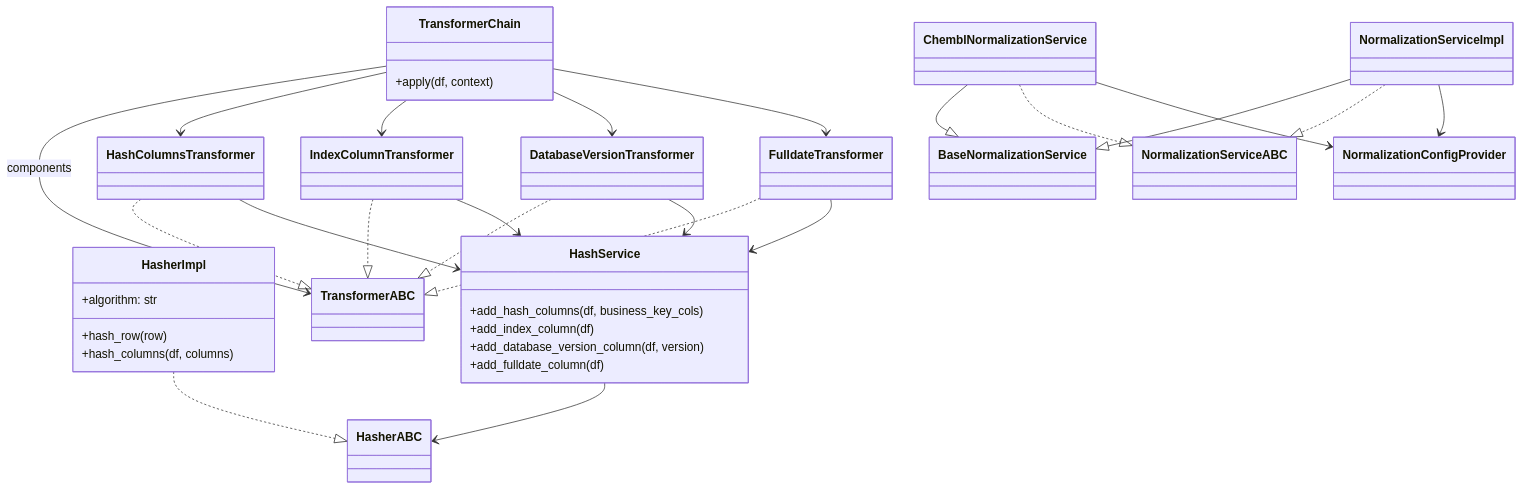
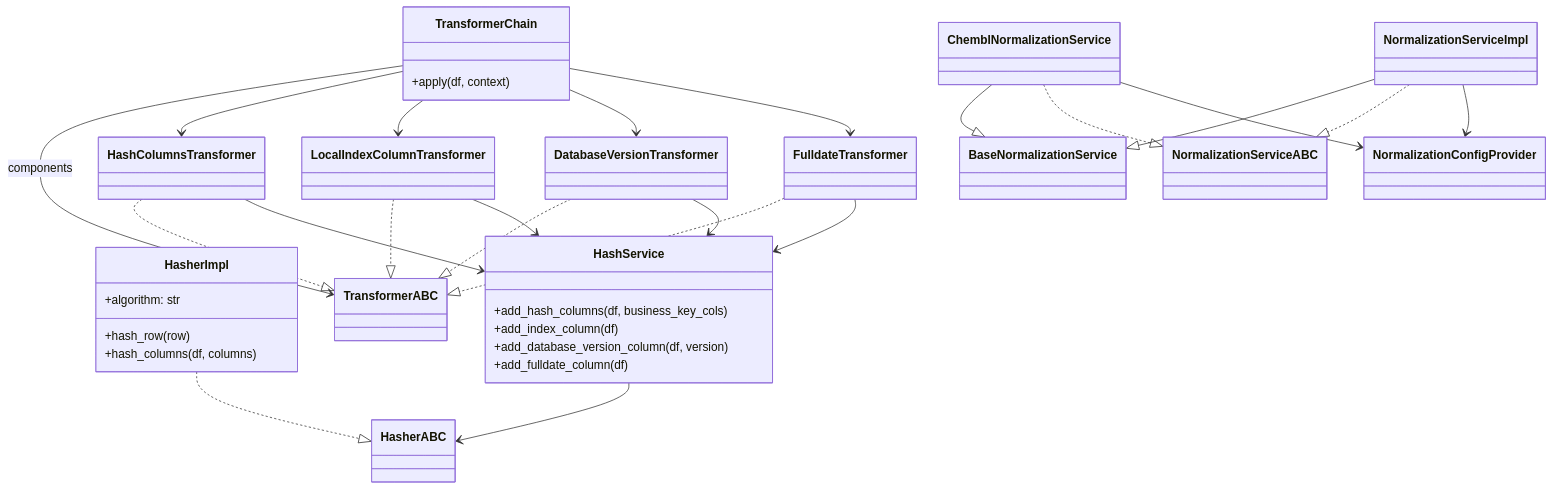
The diagram in docs/architecture/diagrams/class/16-hashing-normalization-classes.mmd (SatoryKono/BioactivityDataAcquisition), drawn with Mermaid before and after one commit. The commit also changed 11 other files, not shown here.

```diff
--- a/docs/architecture/diagrams/class/16-hashing-normalization-classes.mmd
+++ b/docs/architecture/diagrams/class/16-hashing-normalization-classes.mmd
@@ -1,55 +1,55 @@
 ---
 id: 8e1b7c45-0c2f-4e6a-9fd7-26cbdc6b22a2
 ---
 %%{init: {"class": {"domainPrimary": {"fill": "#f5f5f5", "stroke": "#444", "strokeWidth": 1.5, "color": "#111", "fontSize": "22px"}, "domainSecondary": {"fill": "#e3e7ec", "stroke": "#555", "strokeWidth": 1.2, "color": "#111", "fontSize": "18px"}, "interface": {"fill": "#dde7f2", "stroke": "#44546a", "strokeWidth": 1.5, "color": "#111", "fontSize": "22px"}}}}%%
 classDiagram-v2
 
 class HasherABC
 class HasherImpl {
   +algorithm: str
   +hash_row(row)
   +hash_columns(df, columns)
 }
 class HashService {
   +add_hash_columns(df, business_key_cols)
   +add_index_column(df)
   +add_database_version_column(df, version)
   +add_fulldate_column(df)
 }
 
 class TransformerABC
 class TransformerChain {
   +apply(df, context)
 }
 class HashColumnsTransformer
-class IndexColumnTransformer
+class LocalIndexColumnTransformer
 class DatabaseVersionTransformer
 class FulldateTransformer
 
 class BaseNormalizationService
 class NormalizationServiceABC
 class ChemblNormalizationService
 class NormalizationServiceImpl
 class NormalizationConfigProvider
 
 HasherImpl ..|> HasherABC
 HashService --> HasherABC
 TransformerChain --> TransformerABC : components
 HashColumnsTransformer ..|> TransformerABC
-IndexColumnTransformer ..|> TransformerABC
+LocalIndexColumnTransformer ..|> TransformerABC
 DatabaseVersionTransformer ..|> TransformerABC
 FulldateTransformer ..|> TransformerABC
 TransformerChain --> HashColumnsTransformer
-TransformerChain --> IndexColumnTransformer
+TransformerChain --> LocalIndexColumnTransformer
 TransformerChain --> DatabaseVersionTransformer
 TransformerChain --> FulldateTransformer
 ChemblNormalizationService --|> BaseNormalizationService
 NormalizationServiceImpl --|> BaseNormalizationService
 ChemblNormalizationService ..|> NormalizationServiceABC
 NormalizationServiceImpl ..|> NormalizationServiceABC
 ChemblNormalizationService --> NormalizationConfigProvider
 NormalizationServiceImpl --> NormalizationConfigProvider
 HashColumnsTransformer --> HashService
-IndexColumnTransformer --> HashService
+LocalIndexColumnTransformer --> HashService
 DatabaseVersionTransformer --> HashService
 FulldateTransformer --> HashService
```
